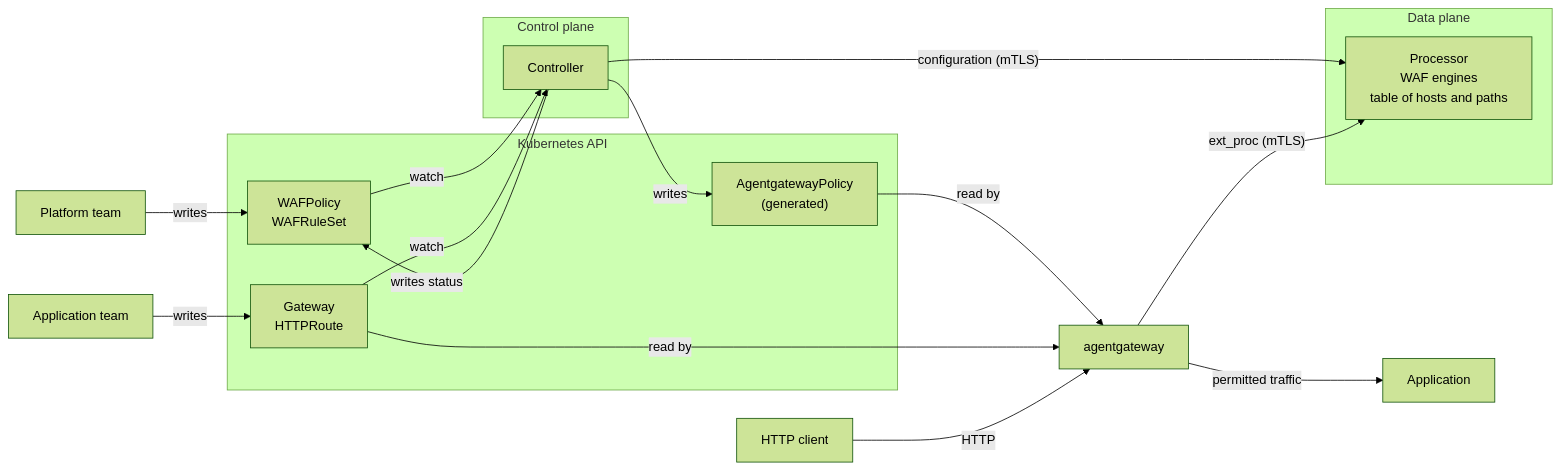
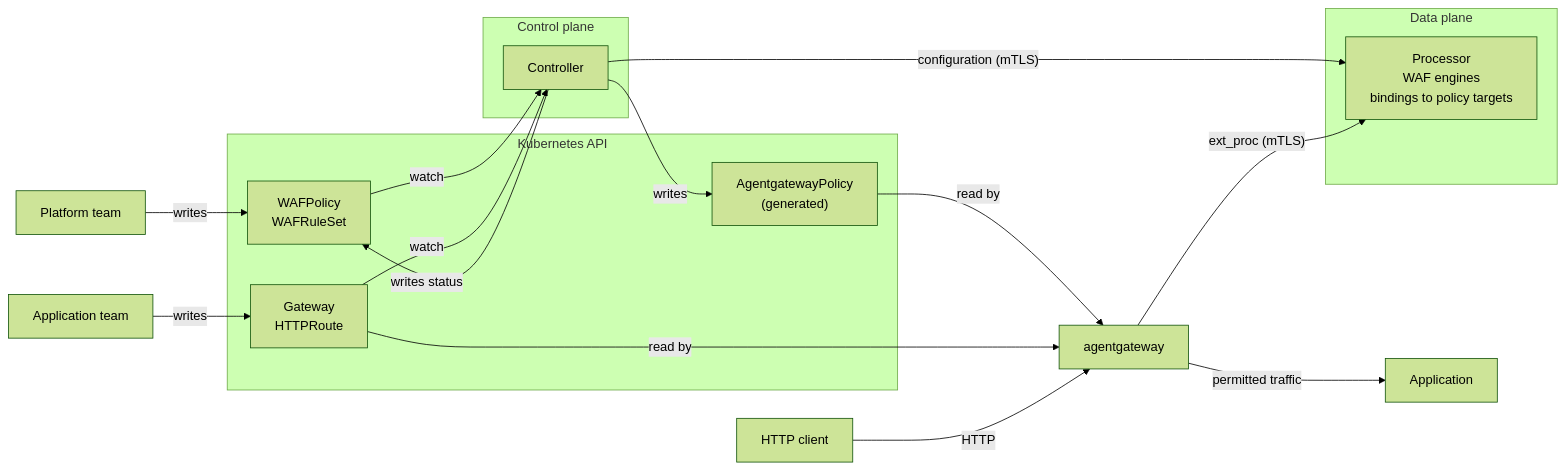
Before and after one commit to kubewarden/gateway-protector: the second of 3 diagrams in docs/rfc/0001-project-purpose.md, drawn with Mermaid (forest theme). The commit also changed other lines of this file and 53 other files, not shown here.

````diff
--- a/docs/rfc/0001-project-purpose.md
+++ b/docs/rfc/0001-project-purpose.md
@@ -625,36 +632,36 @@
 ```mermaid
 flowchart LR
     platform["Platform team"]
     app["Application team"]
     client["HTTP client"]
     upstream["Application"]
 
     subgraph k8s["Kubernetes API"]
         wafpolicy["WAFPolicy<br/>WAFRuleSet"]
         gwapi["Gateway<br/>HTTPRoute"]
         agwpolicy["AgentgatewayPolicy<br/>(generated)"]
     end
 
     subgraph cp["Control plane"]
         controller["Controller"]
     end
 
     subgraph dp["Data plane"]
-        processor["Processor<br/>WAF engines<br/>table of hosts and paths"]
+        processor["Processor<br/>WAF engines<br/>bindings to policy targets"]
     end
 
     agw["agentgateway"]
 
     platform -->|"writes"| wafpolicy
     app -->|"writes"| gwapi
     wafpolicy -->|"watch"| controller
     gwapi -->|"watch"| controller
     controller -->|"writes status"| wafpolicy
     controller -->|"writes"| agwpolicy
     controller -->|"configuration (mTLS)"| processor
     agwpolicy -->|"read by"| agw
     gwapi -->|"read by"| agw
     client -->|"HTTP"| agw
     agw -->|"ext_proc (mTLS)"| processor
     agw -->|"permitted traffic"| upstream
 ```
````
